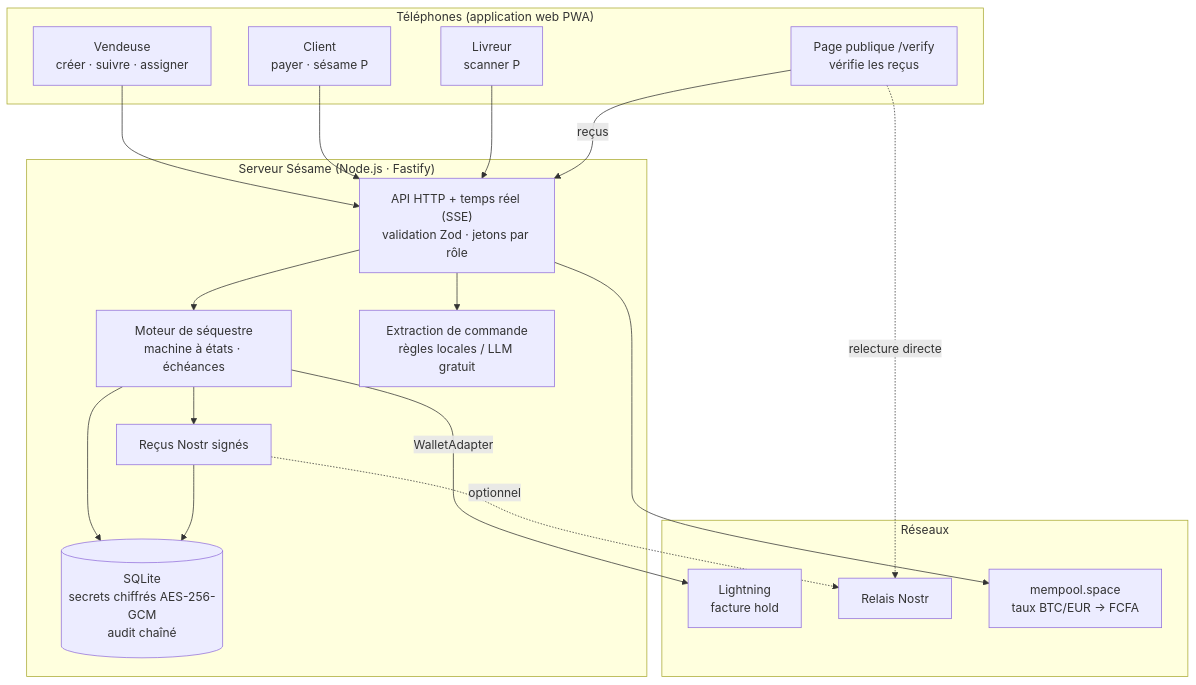
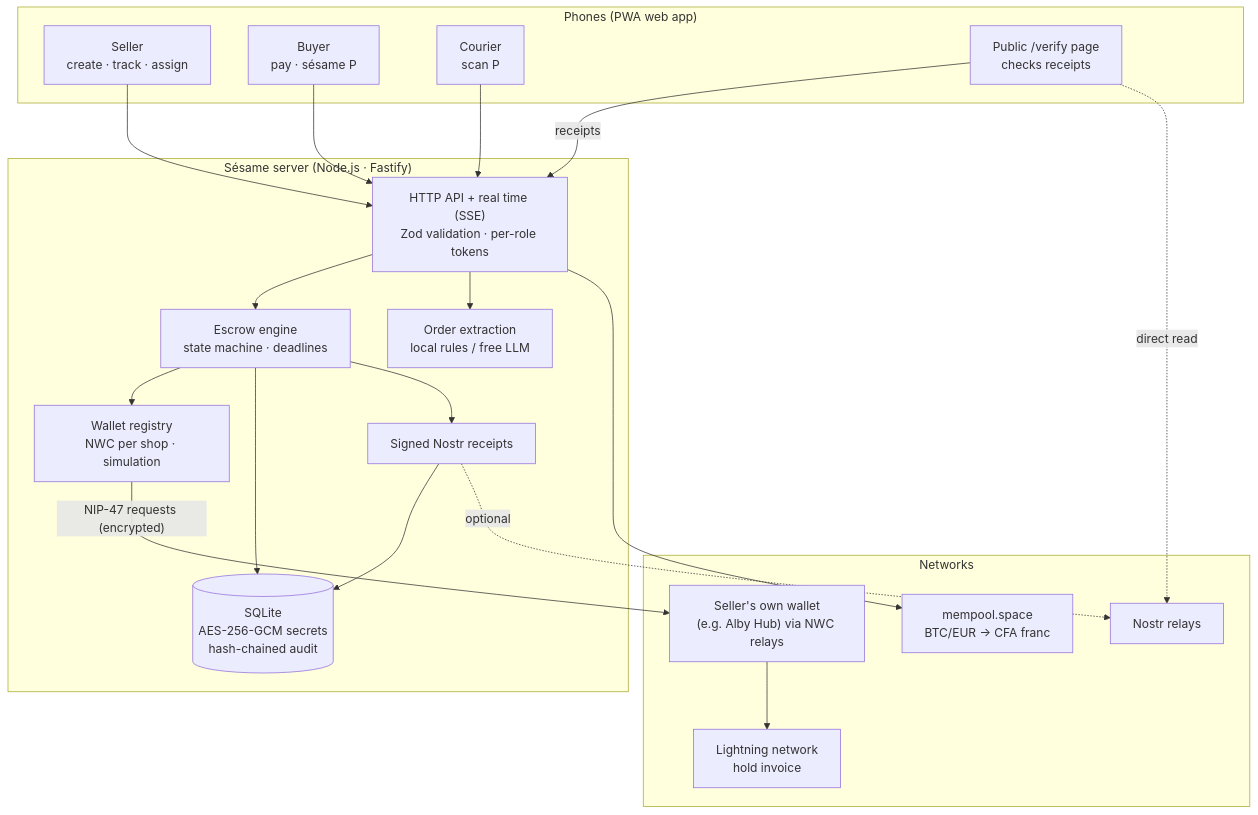
Before and after one commit to houezo-juste-second/sesame: the first of 3 diagrams in docs/ARCHITECTURE.md, drawn with Mermaid. The commit also changed other lines of this file and 5 other files, not shown here.

First line of the commit message:
Docs in English for the hackathon: README, architecture, security and Devpost submission

````diff
--- a/docs/ARCHITECTURE.md
+++ b/docs/ARCHITECTURE.md
@@ -5,34 +7,36 @@
 ```mermaid
 flowchart TB
-  subgraph Navigateurs["Téléphones (application web PWA)"]
-    V["Vendeuse<br/>créer · suivre · assigner"]
-    C["Client<br/>payer · sésame P"]
-    L["Livreur<br/>scanner P"]
-    PV["Page publique /verify<br/>vérifie les reçus"]
+  subgraph Phones["Phones (PWA web app)"]
+    V["Seller<br/>create · track · assign"]
+    C["Buyer<br/>pay · sésame P"]
+    L["Courier<br/>scan P"]
+    PV["Public /verify page<br/>checks receipts"]
   end
 
-  subgraph Serveur["Serveur Sésame (Node.js · Fastify)"]
-    API["API HTTP + temps réel (SSE)<br/>validation Zod · jetons par rôle"]
-    ENG["Moteur de séquestre<br/>machine à états · échéances"]
-    AI["Extraction de commande<br/>règles locales / LLM gratuit"]
-    REC["Reçus Nostr signés"]
-    DB[("SQLite<br/>secrets chiffrés AES-256-GCM<br/>audit chaîné")]
+  subgraph Server["Sésame server (Node.js · Fastify)"]
+    API["HTTP API + real time (SSE)<br/>Zod validation · per-role tokens"]
+    ENG["Escrow engine<br/>state machine · deadlines"]
+    WR["Wallet registry<br/>NWC per shop · simulation"]
+    AI["Order extraction<br/>local rules / free LLM"]
+    REC["Signed Nostr receipts"]
+    DB[("SQLite<br/>AES-256-GCM secrets<br/>hash-chained audit")]
   end
 
-  subgraph Externe["Réseaux"]
-    LN["Lightning<br/>facture hold"]
-    NOSTR["Relais Nostr"]
-    RATE["mempool.space<br/>taux BTC/EUR → FCFA"]
+  subgraph External["Networks"]
+    SW["Seller's own wallet<br/>(e.g. Alby Hub) via NWC relays"]
+    LN["Lightning network<br/>hold invoice"]
+    NOSTR["Nostr relays"]
+    RATE["mempool.space<br/>BTC/EUR → CFA franc"]
   end
 
   V & C & L --> API
-  API --> ENG
+  API --> ENG --> WR
   API --> AI
   ENG --> DB
-  ENG -- "WalletAdapter" --> LN
+  WR -- "NIP-47 requests (encrypted)" --> SW --> LN
   ENG --> REC --> DB
-  REC -. "optionnel" .-> NOSTR
-  PV -- "reçus" --> API
-  PV -. "relecture directe" .-> NOSTR
+  REC -. "optional" .-> NOSTR
+  PV -- "receipts" --> API
+  PV -. "direct read" .-> NOSTR
   API --> RATE
 ```
````
